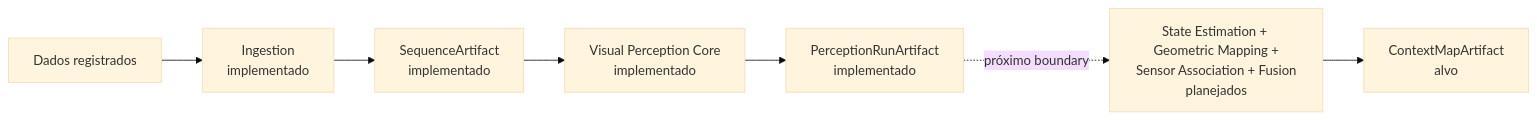
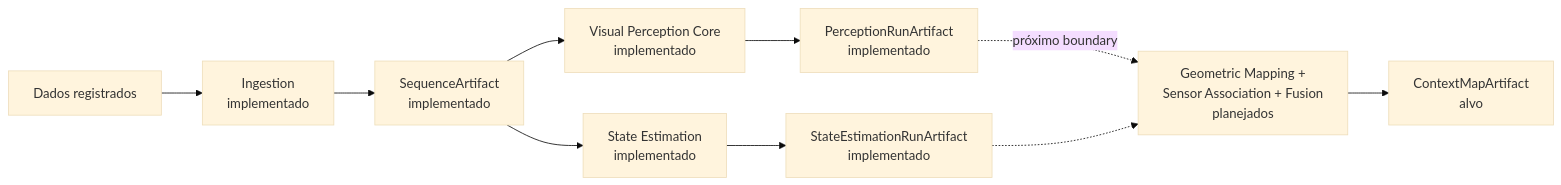
Before and after one commit to Alexandre-Tortoza/contextmap2: the diagram in README.md, drawn with Mermaid (base theme). The commit also changed 5 other files, not shown here.

````diff
--- a/README.md
+++ b/README.md
@@ -11,9 +11,12 @@
 ```mermaid
 flowchart LR
     A["Dados registrados"] --> B["Ingestion<br/>implementado"]
     B --> C["SequenceArtifact<br/>implementado"]
     C --> D["Visual Perception Core<br/>implementado"]
     D --> E["PerceptionRunArtifact<br/>implementado"]
-    E -. próximo boundary .-> F["State Estimation + Geometric Mapping +<br/>Sensor Association + Fusion<br/>planejados"]
+    C --> S["State Estimation<br/>implementado"]
+    S --> T["StateEstimationRunArtifact<br/>implementado"]
+    E -. próximo boundary .-> F["Geometric Mapping +<br/>Sensor Association + Fusion<br/>planejados"]
+    T -.-> F
     F --> G["ContextMapArtifact<br/>alvo"]
 ```
````
